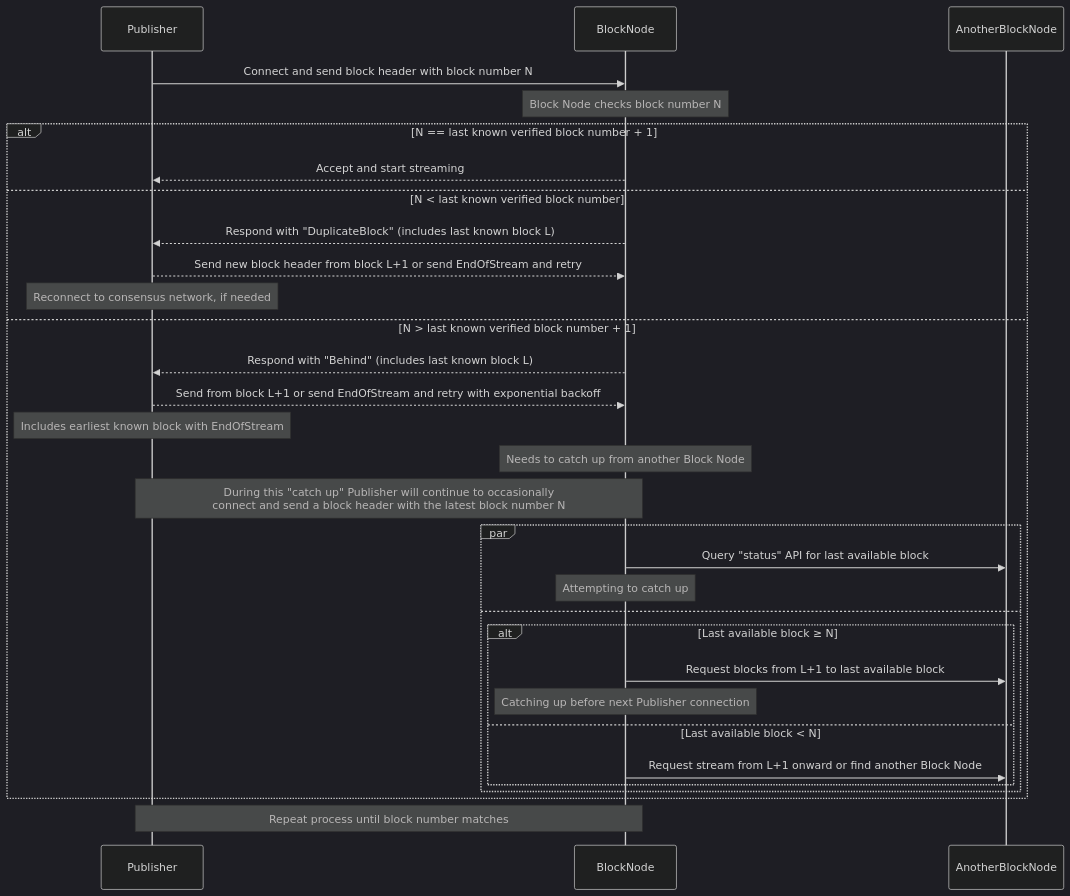
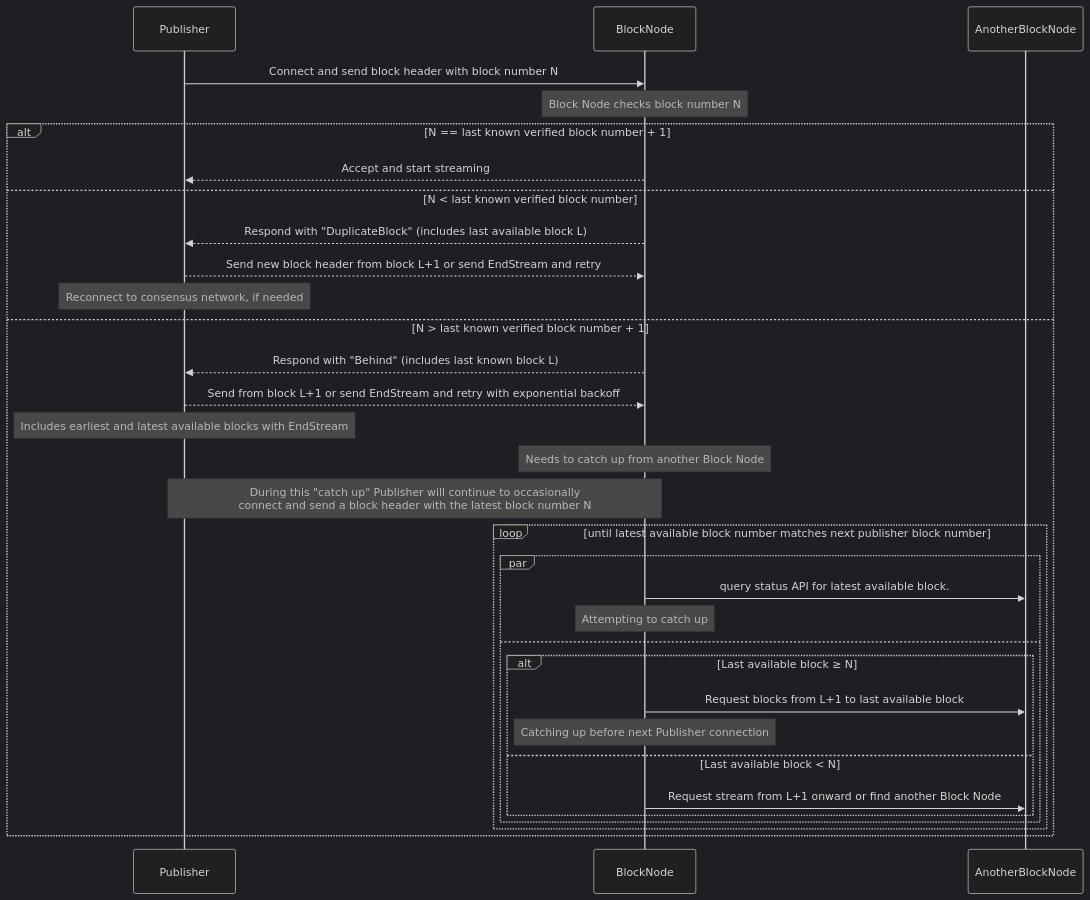
Before and after one commit to hiero-ledger/hiero-block-node: the first of 3 diagrams in docs/design/communication-protocol/publish-block-stream.md, drawn with Mermaid (dark theme). The commit also changed other lines of this file and 1 other file, not shown here.

Commit message:
docs: Update the publisher protocol document to include the multi-publisher extension * Added multiple publisher extension sections to the publisher protocol document * Added SVG diagram for context

````diff
--- a/docs/design/communication-protocol/publish-block-stream.md
+++ b/docs/design/communication-protocol/publish-block-stream.md
@@ -122,37 +125,38 @@
 ```mermaid
 sequenceDiagram
     participant Publisher
     participant BlockNode
     participant AnotherBlockNode
 
     Publisher->>BlockNode: Connect and send block header with block number N
     Note over BlockNode: Block Node checks block number N
 
     alt N == last known verified block number + 1
         BlockNode-->>Publisher: Accept and start streaming
     else N < last known verified block number
-        BlockNode-->>Publisher: Respond with "DuplicateBlock" (includes last known block L)
-        Publisher-->>BlockNode: Send new block header from block L+1 or send EndOfStream and retry
+        BlockNode-->>Publisher: Respond with "DuplicateBlock" (includes last available block L)
+        Publisher-->>BlockNode: Send new block header from block L+1 or send EndStream and retry
         Note over Publisher: Reconnect to consensus network, if needed
     else N > last known verified block number + 1
         BlockNode-->>Publisher: Respond with "Behind" (includes last known block L)
-        Publisher-->>BlockNode: Send from block L+1 or send EndOfStream and retry with exponential backoff
-        Note over Publisher: Includes earliest known block with EndOfStream
+        Publisher-->>BlockNode: Send from block L+1 or send EndStream and retry with exponential backoff
+        Note over Publisher: Includes earliest and latest available blocks with EndStream
         Note over BlockNode: Needs to catch up from another Block Node
 
     Note over Publisher,BlockNode: During this "catch up" Publisher will continue to occasionally<br/>connect and send a block header with the latest block number N
+    loop until latest available block number matches next publisher block number
         par
-            BlockNode->>AnotherBlockNode: Query "status" API for last available block
+            BlockNode->>AnotherBlockNode: query status API for latest available block.
             Note over BlockNode: Attempting to catch up
         and
             alt Last available block ≥ N
                 BlockNode->>AnotherBlockNode: Request blocks from L+1 to last available block
                 Note over BlockNode: Catching up before next Publisher connection
             else Last available block < N
                 BlockNode->>AnotherBlockNode: Request stream from L+1 onward or find another Block Node
             end
         end
-    end
+    end 
+end
 
-    Note over Publisher,BlockNode: Repeat process until block number matches
 ```
````
